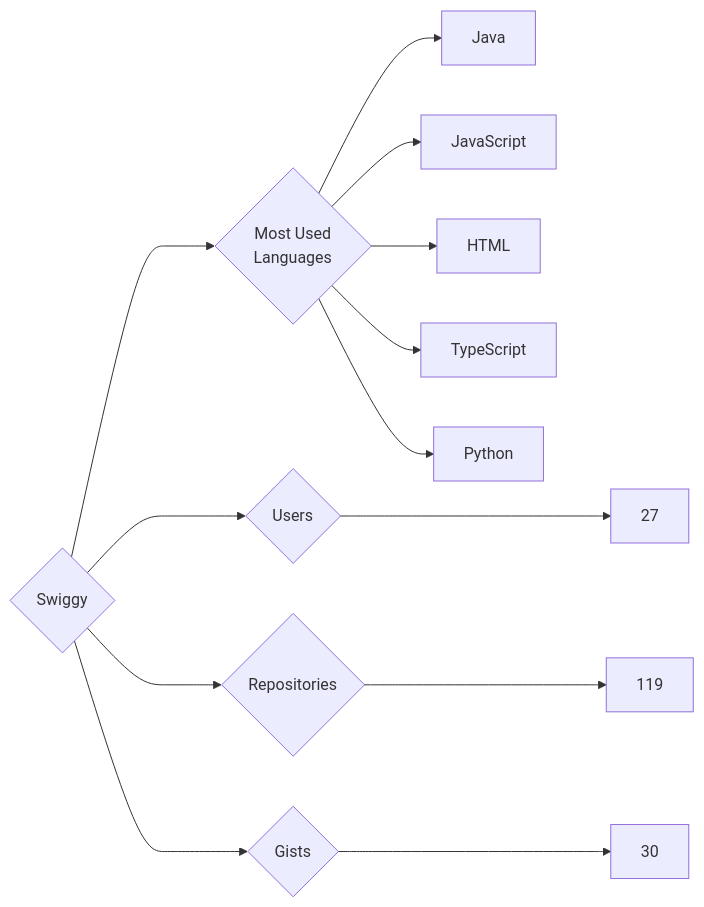
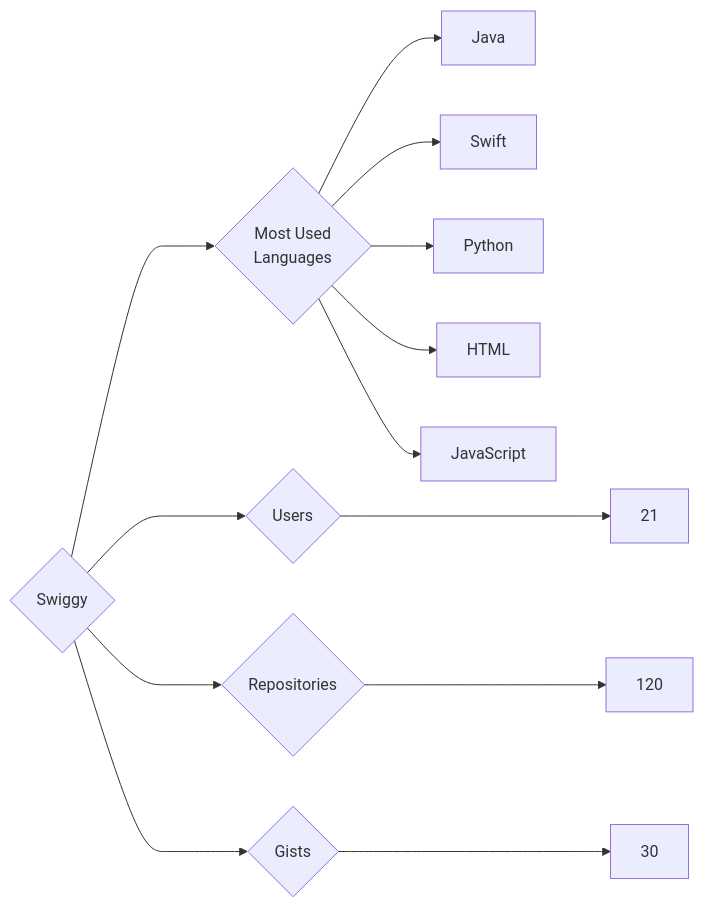
One commit to trickest/insiders changed the diagram in targets/Swiggy/README.md. Above: the diagram before and after it, drawn with Mermaid. The commit also changed 823 other files, not shown here.

````diff
--- a/targets/Swiggy/README.md
+++ b/targets/Swiggy/README.md
@@ -3,13 +3,13 @@
 ```mermaid
 graph LR
 COMPANY_NAME{Swiggy}
-COMPANY_NAME ---> U{Users} ---> UN[27]
-COMPANY_NAME ---> R{Repositories} ---> RN[119]
+COMPANY_NAME ---> U{Users} ---> UN[21]
+COMPANY_NAME ---> R{Repositories} ---> RN[120]
 COMPANY_NAME ---> G{Gists} ---> GN[30]
 COMPANY_NAME ---> ML{Most Used<br>Languages}
 ML --> Java[Java]
+ML --> Swift[Swift]
+ML --> Python[Python]
+ML --> HTML[HTML]
 ML --> JavaScript[JavaScript]
-ML --> HTML[HTML]
-ML --> TypeScript[TypeScript]
-ML --> Python[Python]
 ```
````
